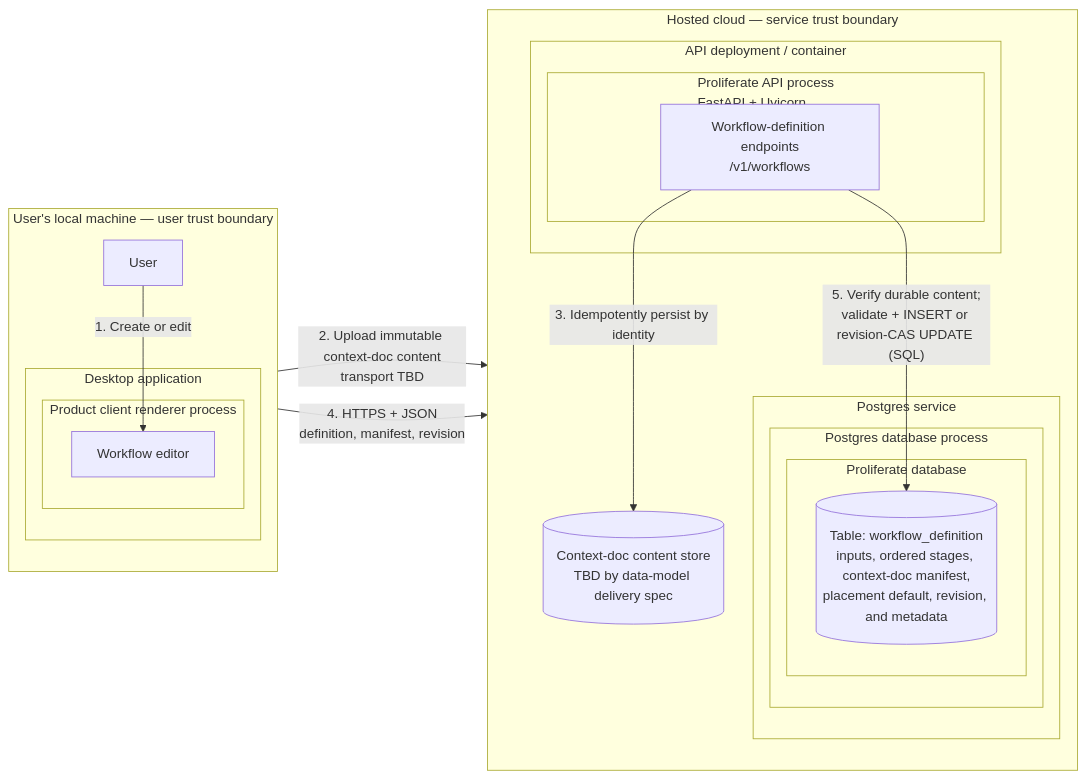
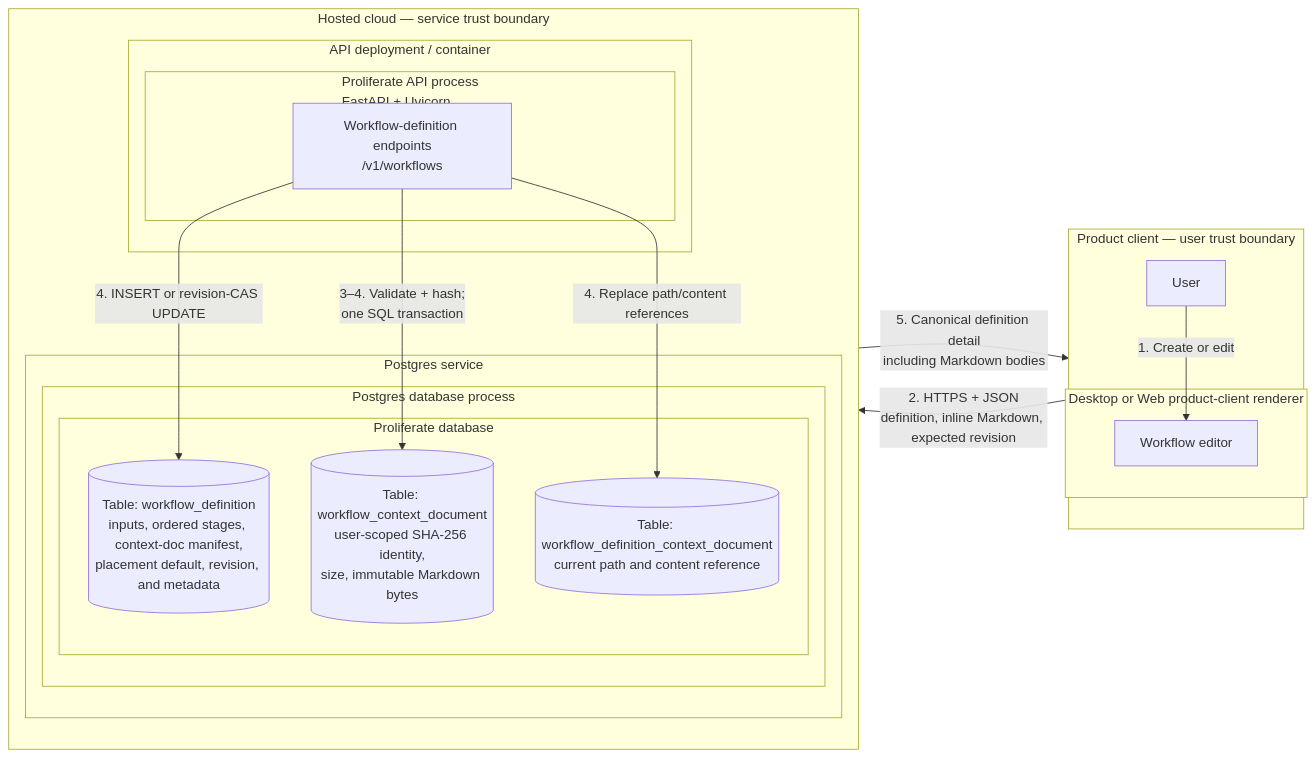
One commit to proliferate-ai/proliferate changed the first of 2 diagrams in adrs/2026-08-07-workflows-v1-launch.md. Above: the diagram before and after it, drawn with Mermaid. The commit also changed other lines of this file, not shown here.

````diff
--- a/adrs/2026-08-07-workflows-v1-launch.md
+++ b/adrs/2026-08-07-workflows-v1-launch.md
@@ -514,39 +674,37 @@
 ```mermaid
 flowchart LR
-    subgraph local["User's local machine — user trust boundary"]
+    subgraph client_boundary["Product client — user trust boundary"]
         direction TB
         user["User"]
-
-        subgraph desktop["Desktop application"]
-            subgraph renderer["Product client renderer process"]
-                editor["Workflow editor"]
-            end
+        subgraph renderer["Desktop or Web product-client renderer"]
+            editor["Workflow editor"]
         end
     end
 
     subgraph hosted["Hosted cloud — service trust boundary"]
         direction TB
 
         subgraph api_container["API deployment / container"]
             subgraph api_process["Proliferate API process<br/>FastAPI + Uvicorn"]
                 definition_endpoint["Workflow-definition endpoints<br/>/v1/workflows"]
             end
         end
 
         subgraph postgres_service["Postgres service"]
             subgraph postgres_process["Postgres database process"]
                 subgraph database["Proliferate database"]
                     definitions[("Table: workflow_definition<br/>inputs, ordered stages, context-doc manifest,<br/>placement default, revision, and metadata")]
+                    context_docs[("Table: workflow_context_document<br/>user-scoped SHA-256 identity,<br/>size, immutable Markdown bytes")]
+                    definition_refs[("Table: workflow_definition_context_document<br/>current path and content reference")]
                 end
             end
         end
-
-        context_store[("Context-doc content store<br/>TBD by data-model delivery spec")]
     end
 
     user -->|"1. Create or edit"| editor
-    editor -->|"2. Upload immutable context-doc content<br/>transport TBD"| definition_endpoint
-    definition_endpoint -->|"3. Idempotently persist by identity"| context_store
-    editor -->|"4. HTTPS + JSON<br/>definition, manifest, revision"| definition_endpoint
-    definition_endpoint -->|"5. Verify durable content;<br/>validate + INSERT or revision-CAS UPDATE (SQL)"| definitions
+    editor -->|"2. HTTPS + JSON<br/>definition, inline Markdown, expected revision"| definition_endpoint
+    definition_endpoint -->|"3–4. Validate + hash;<br/>one SQL transaction"| context_docs
+    definition_endpoint -->|"4. Replace path/content references"| definition_refs
+    definition_endpoint -->|"4. INSERT or revision-CAS UPDATE"| definitions
+    definition_endpoint -->|"5. Canonical definition detail<br/>including Markdown bodies"| editor
 ```
````
